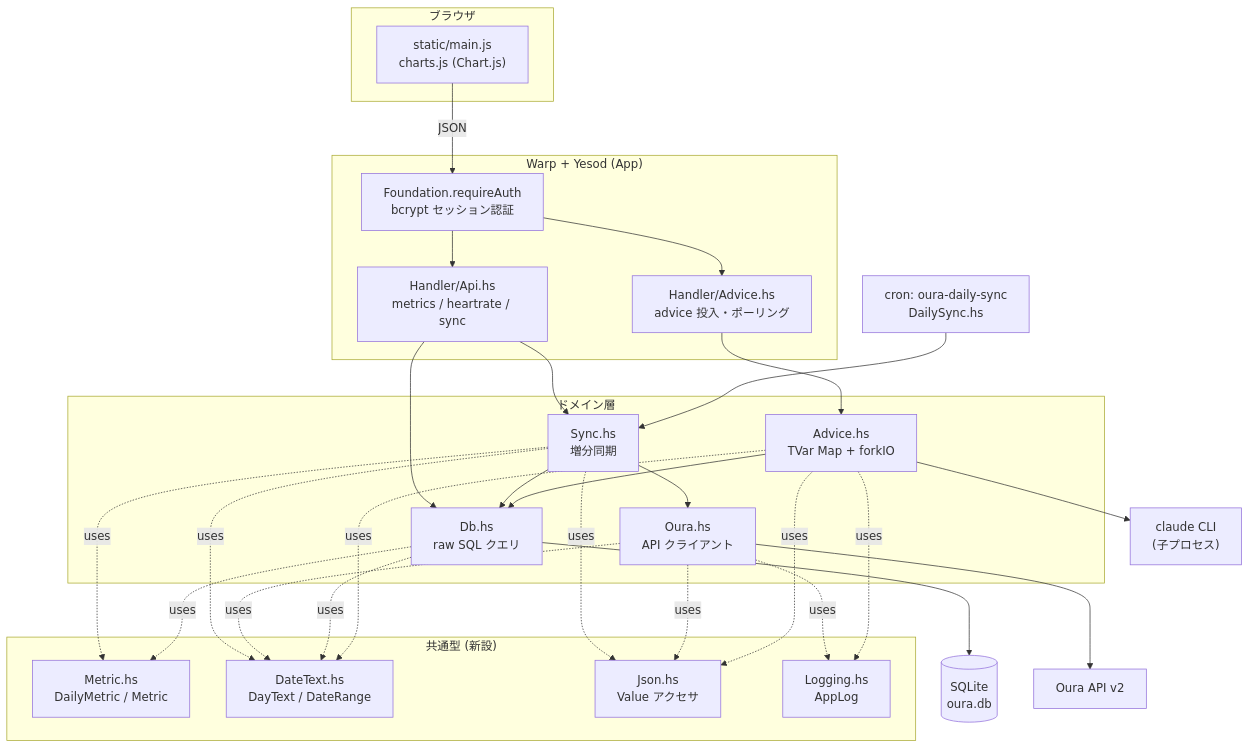
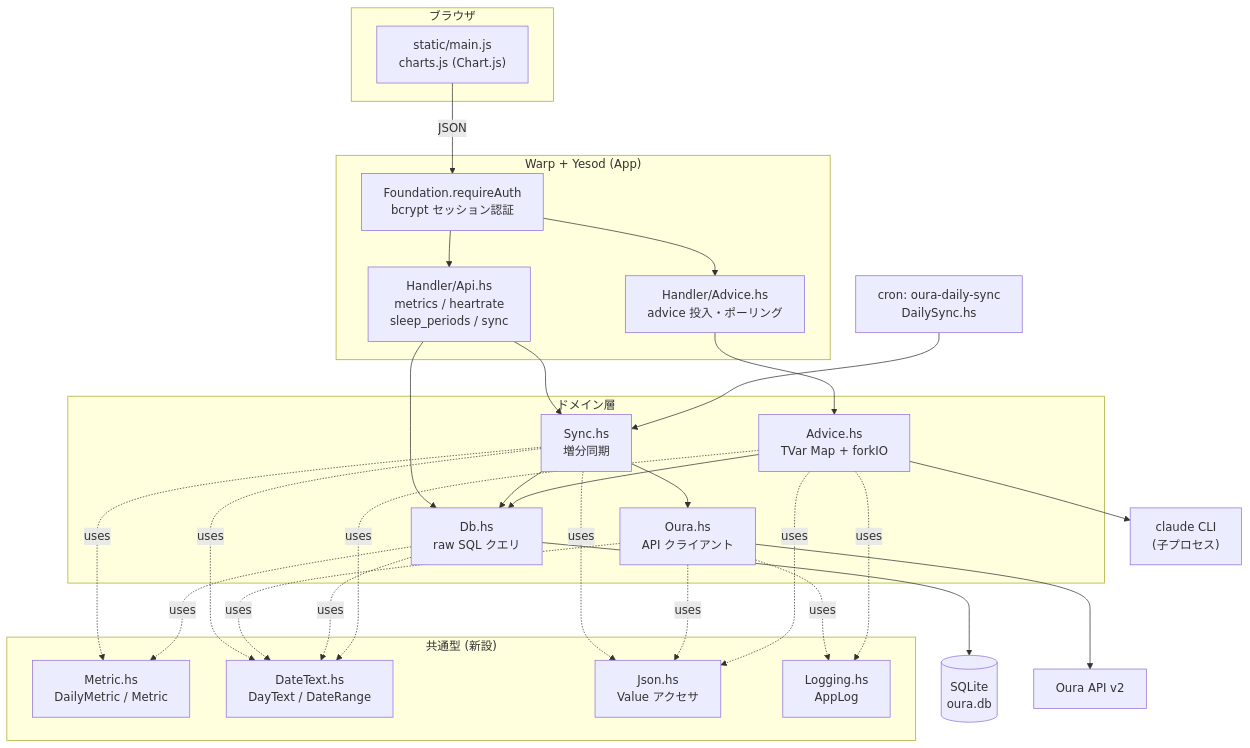
The first of 4 diagrams in docs/code-overview.md (ikuya/oura-dashboard-hs), drawn with Mermaid before and after one commit. The commit also changed other lines of this file and 20 other files, not shown here.

First line of the commit message:
Add sleep stage charts (hypnogram and per-day durations)

````diff
--- a/docs/code-overview.md
+++ b/docs/code-overview.md
@@ -69,44 +73,44 @@
 ```mermaid
 flowchart TB
     subgraph Client["ブラウザ"]
         JS["static/main.js<br/>charts.js (Chart.js)"]
     end
 
     subgraph Server["Warp + Yesod (App)"]
         Auth["Foundation.requireAuth<br/>bcrypt セッション認証"]
-        HApi["Handler/Api.hs<br/>metrics / heartrate / sync"]
+        HApi["Handler/Api.hs<br/>metrics / heartrate<br/>sleep_periods / sync"]
         HAdv["Handler/Advice.hs<br/>advice 投入・ポーリング"]
     end
 
     subgraph Core["ドメイン層"]
         Sync["Sync.hs<br/>増分同期"]
         Db["Db.hs<br/>raw SQL クエリ"]
         Adv["Advice.hs<br/>TVar Map + forkIO"]
         Oura["Oura.hs<br/>API クライアント"]
     end
 
     subgraph Types["共通型 (新設)"]
         Metric["Metric.hs<br/>DailyMetric / Metric"]
         DateT["DateText.hs<br/>DayText / DateRange"]
         Json["Json.hs<br/>Value アクセサ"]
         Log["Logging.hs<br/>AppLog"]
     end
 
     DB[("SQLite<br/>oura.db")]
     API["Oura API v2"]
     CLI["claude CLI<br/>(子プロセス)"]
     Cron["cron: oura-daily-sync<br/>DailySync.hs"]
 
     JS -->|JSON| Auth --> HApi & HAdv
     HApi --> Sync & Db
     HAdv --> Adv
     Sync --> Oura --> API
     Sync --> Db --> DB
     Adv --> Db
     Adv --> CLI
     Cron --> Sync
     Sync -.uses.-> Metric & DateT & Json
     Oura -.uses.-> DateT & Json & Log
     Db -.uses.-> Metric & DateT
     Adv -.uses.-> DateT & Json & Log
 ```
````
